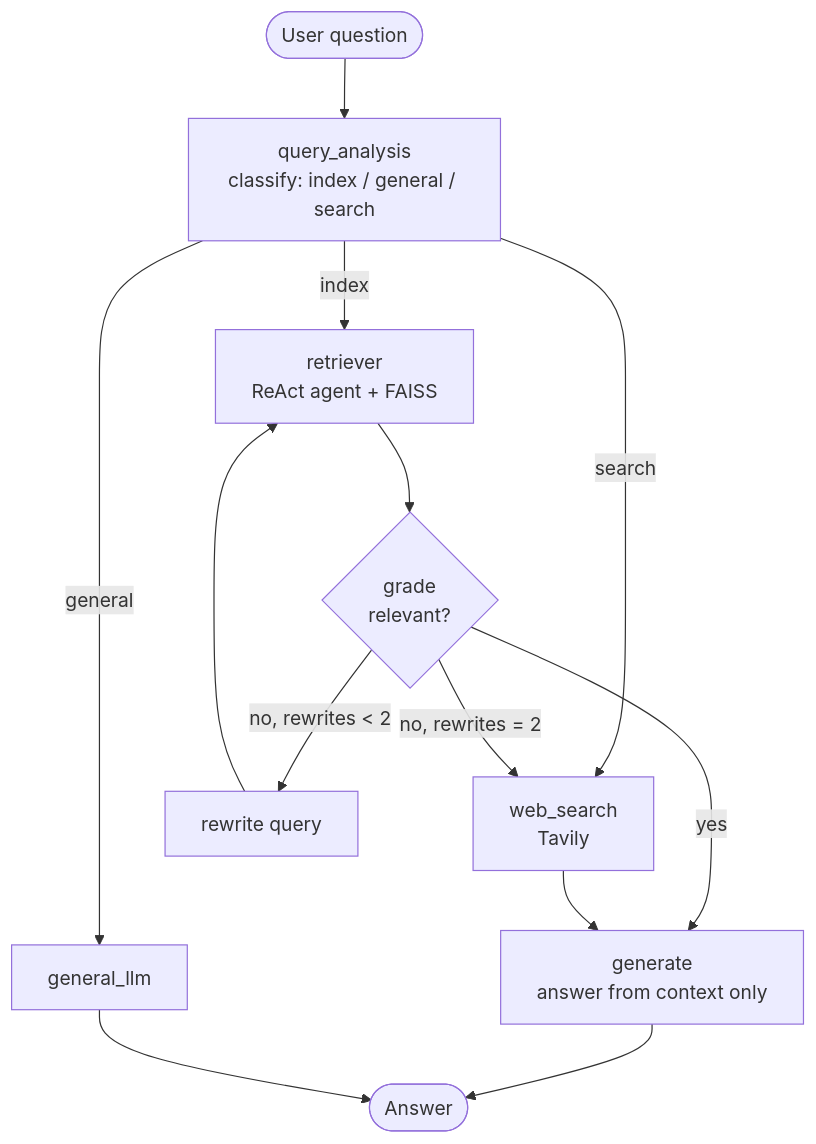
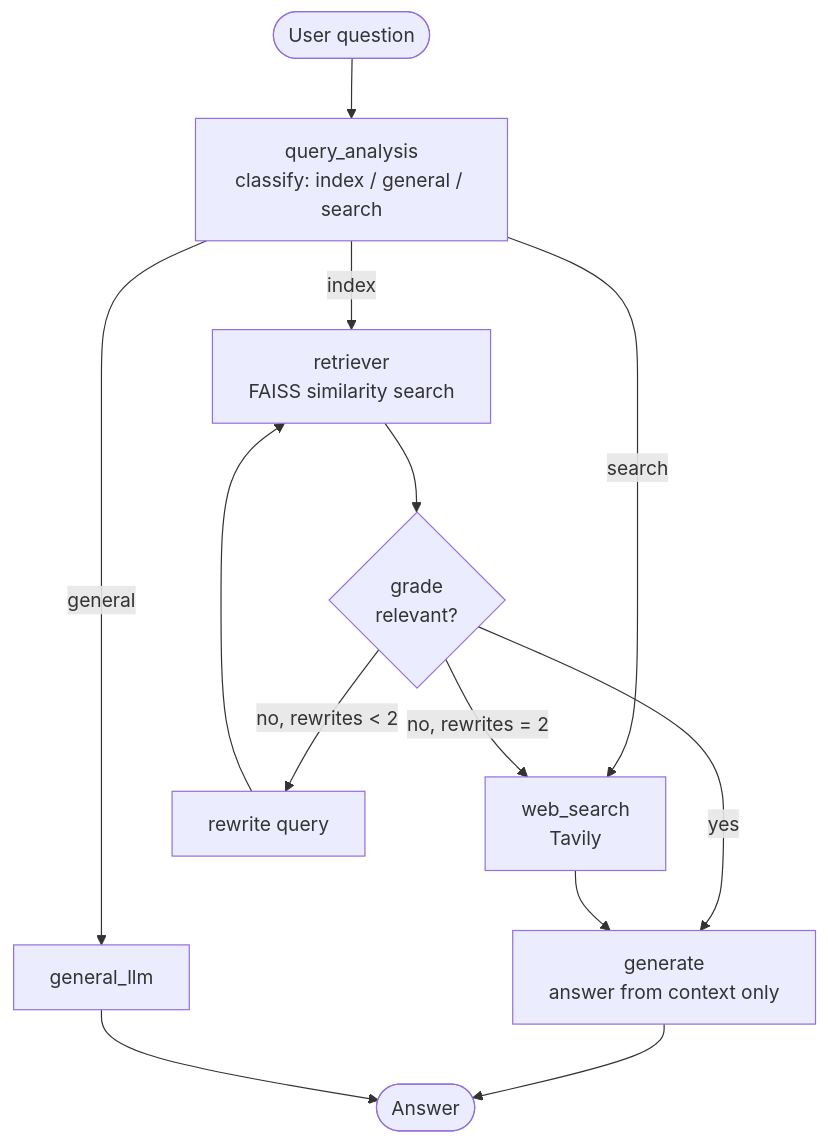
One commit to Tejaswi75/Adaptive-RAG changed the diagram in README.md. Above: the diagram before and after it, drawn with Mermaid. The commit also changed other lines of this file and 3 other files, not shown here.

First line of the commit message:
Retrieve with direct FAISS search instead of a ReAct agent

````diff
--- a/README.md
+++ b/README.md
@@ -17,15 +17,15 @@
 ```mermaid
 flowchart TD
     Q([User question]) --> A[query_analysis<br/>classify: index / general / search]
-    A -- index --> R[retriever<br/>ReAct agent + FAISS]
+    A -- index --> R[retriever<br/>FAISS similarity search]
     A -- general --> L[general_llm]
     A -- search --> W[web_search<br/>Tavily]
     R --> G{grade<br/>relevant?}
     G -- yes --> GEN[generate<br/>answer from context only]
     G -- "no, rewrites < 2" --> RW[rewrite query]
     RW --> R
     G -- "no, rewrites = 2" --> W
     W --> GEN
     GEN --> E([Answer])
     L --> E
 ```
````
